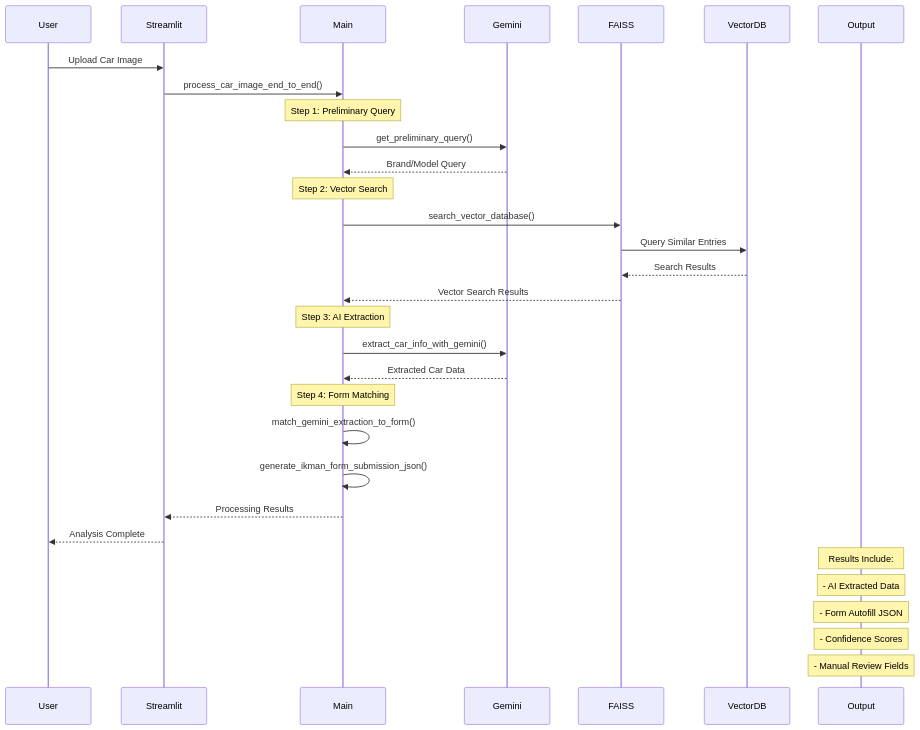
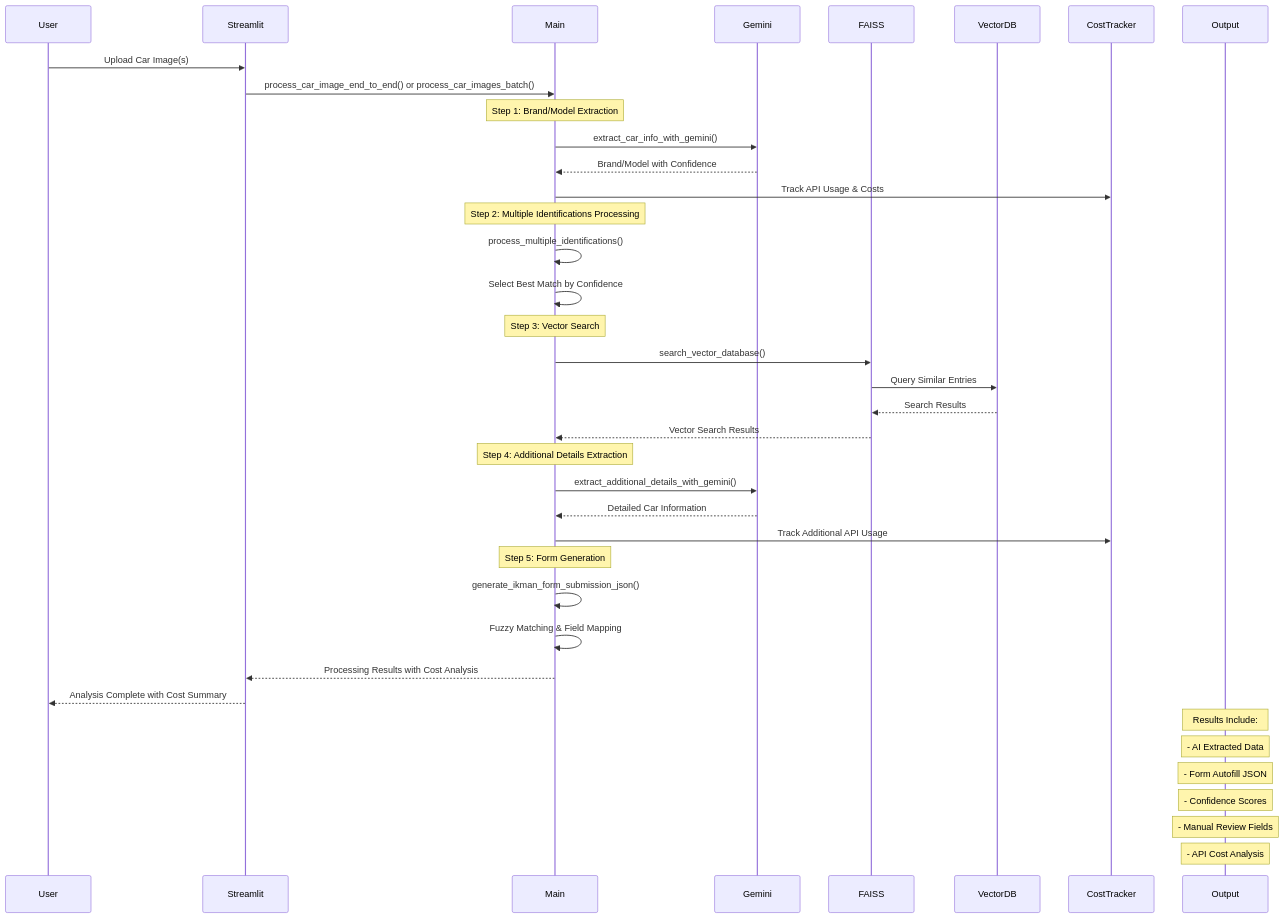
The third of 11 diagrams in architecture_diagram.md (adarshhegde/ai-prefill-service), drawn with Mermaid before and after one commit. The commit also changed other lines of this file and 1 other file, not shown here.

Commit message:
updated readme and diagram

````diff
--- a/architecture_diagram.md
+++ b/architecture_diagram.md
@@ -121,40 +134,48 @@
 ```mermaid
 sequenceDiagram
     participant User
     participant Streamlit
     participant Main
     participant Gemini
     participant FAISS
     participant VectorDB
+    participant CostTracker
     participant Output
 
-    User->>Streamlit: Upload Car Image
-    Streamlit->>Main: process_car_image_end_to_end()
+    User->>Streamlit: Upload Car Image(s)
+    Streamlit->>Main: process_car_image_end_to_end() or process_car_images_batch()
     
-    Note over Main: Step 1: Preliminary Query
-    Main->>Gemini: get_preliminary_query()
-    Gemini-->>Main: Brand/Model Query
+    Note over Main: Step 1: Brand/Model Extraction
+    Main->>Gemini: extract_car_info_with_gemini()
+    Gemini-->>Main: Brand/Model with Confidence
+    Main->>CostTracker: Track API Usage & Costs
     
-    Note over Main: Step 2: Vector Search
+    Note over Main: Step 2: Multiple Identifications Processing
+    Main->>Main: process_multiple_identifications()
+    Main->>Main: Select Best Match by Confidence
+    
+    Note over Main: Step 3: Vector Search
     Main->>FAISS: search_vector_database()
     FAISS->>VectorDB: Query Similar Entries
     VectorDB-->>FAISS: Search Results
     FAISS-->>Main: Vector Search Results
     
-    Note over Main: Step 3: AI Extraction
-    Main->>Gemini: extract_car_info_with_gemini()
-    Gemini-->>Main: Extracted Car Data
+    Note over Main: Step 4: Additional Details Extraction
+    Main->>Gemini: extract_additional_details_with_gemini()
+    Gemini-->>Main: Detailed Car Information
+    Main->>CostTracker: Track Additional API Usage
     
-    Note over Main: Step 4: Form Matching
-    Main->>Main: match_gemini_extraction_to_form()
+    Note over Main: Step 5: Form Generation
     Main->>Main: generate_ikman_form_submission_json()
+    Main->>Main: Fuzzy Matching & Field Mapping
     
-    Main-->>Streamlit: Processing Results
-    Streamlit-->>User: Analysis Complete
+    Main-->>Streamlit: Processing Results with Cost Analysis
+    Streamlit-->>User: Analysis Complete with Cost Summary
     
     Note over Output: Results Include:
     Note over Output: - AI Extracted Data
     Note over Output: - Form Autofill JSON
     Note over Output: - Confidence Scores
     Note over Output: - Manual Review Fields
+    Note over Output: - API Cost Analysis
 ```
````
